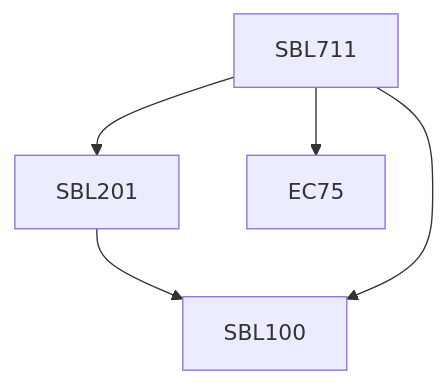
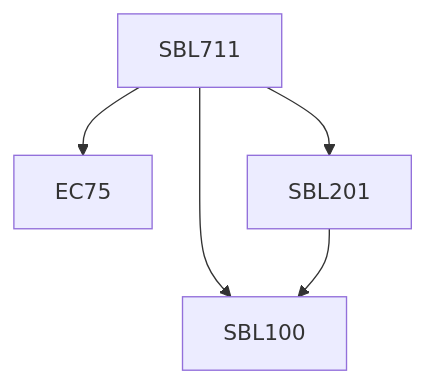
Before and after one commit to KeshavBansal0122/CoS_Website: the diagram in content/Biological Sciences/SBL711.md, drawn with Mermaid. The commit also changed other lines of this file and 392 other files, not shown here.

````diff
--- a/content/Biological Sciences/SBL711.md
+++ b/content/Biological Sciences/SBL711.md
@@ -13,11 +13,11 @@
 ```mermaid
 flowchart TD
 SBL711-1513[SBL711]
+SBL711-1513 --> SBL100-1513[SBL100]
+SBL711-1513 --> EC75-1513[EC75]
 SBL711-1513 --> SBL201-1513[SBL201]
-SBL711-1513 --> EC75-1513[EC75]
 SBL201-1513 --> SBL100-1513[SBL100]
-SBL711-1513 --> SBL100-1513[SBL100]
 
 classDef empty height:17px, fill:transparent, stroke:transparent;
 classDef trueEmpty height:0px, width:0px;
 ```
````
